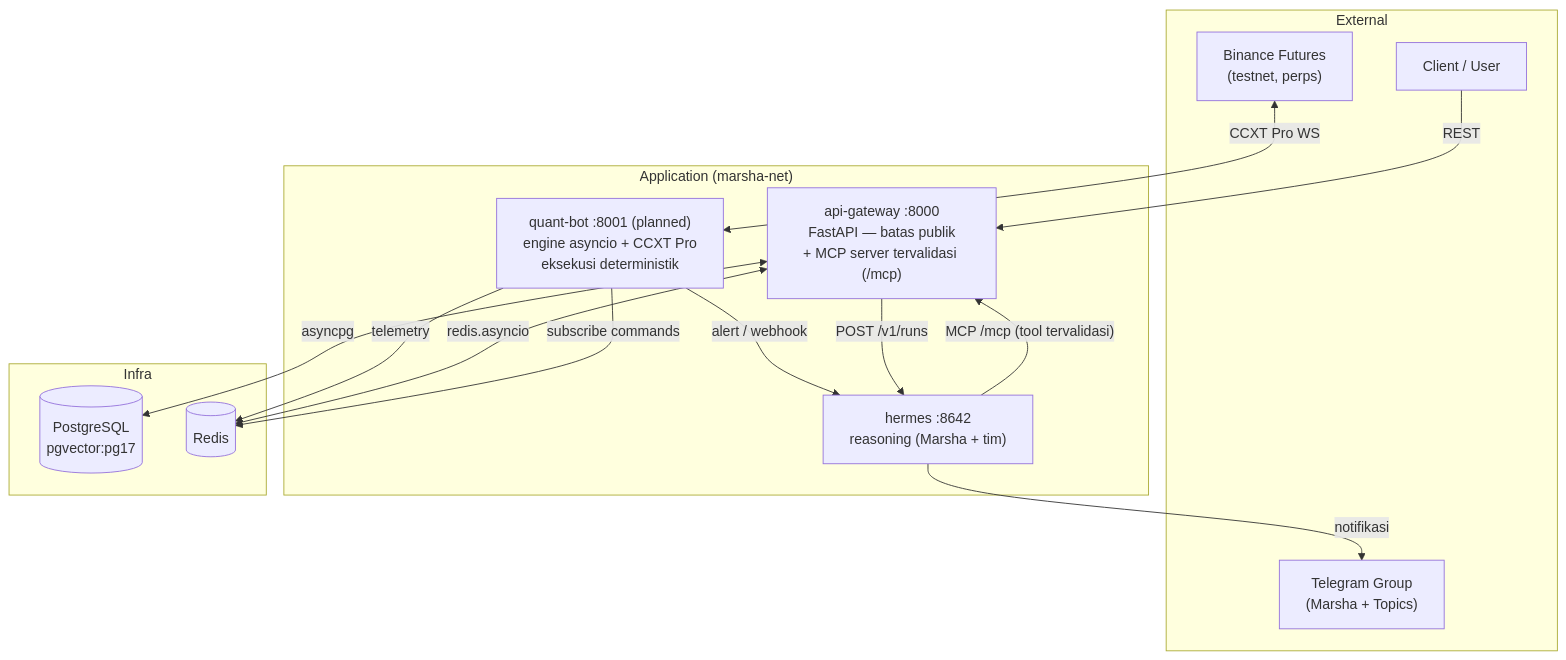
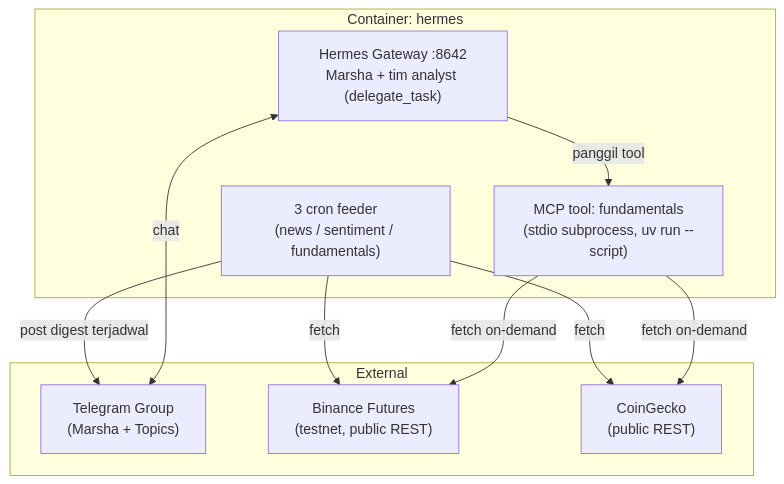
One commit to alessandroryo/marsha-agent changed the diagram in README.md. Above: the diagram before and after it, drawn with Mermaid. The commit also changed other lines of this file and 2 other files, not shown here.

First line of the commit message:
docs: sync README and multi-agent docs with the current single-service architecture

````diff
--- a/README.md
+++ b/README.md
@@ -22,28 +24,21 @@
 ```mermaid
 graph TB
     subgraph ext["External"]
         tg["Telegram Group<br/>(Marsha + Topics)"]
-        cli["Client / User"]
-        mkt["Binance Futures<br/>(testnet, perps)"]
+        binance["Binance Futures<br/>(testnet, public REST)"]
+        coingecko["CoinGecko<br/>(public REST)"]
     end
-    subgraph app["Application (marsha-net)"]
-        gw["api-gateway :8000<br/>FastAPI — batas publik<br/>+ MCP server tervalidasi (/mcp)"]
-        qb["quant-bot :8001 (planned)<br/>engine asyncio + CCXT Pro<br/>eksekusi deterministik"]
-        hm["hermes :8642<br/>reasoning (Marsha + tim)"]
-    end
-    subgraph infra["Infra"]
-        pg[("PostgreSQL<br/>pgvector:pg17")]
-        rd[("Redis")]
+    subgraph app["Container: hermes"]
+        hm["Hermes Gateway :8642<br/>Marsha + tim analyst (delegate_task)"]
+        cron["3 cron feeder<br/>(news / sentiment / fundamentals)"]
+        mcp["MCP tool: fundamentals<br/>(stdio subprocess, uv run --script)"]
     end
 
-    cli -->|REST| gw
-    mkt <-->|"CCXT Pro WS"| qb
-    qb -->|"telemetry"| rd
-    qb -->|"alert / webhook"| hm
-    gw -->|"POST /v1/runs"| hm
-    hm -->|"MCP /mcp (tool tervalidasi)"| gw
-    hm -->|"notifikasi"| tg
-    gw <-->|asyncpg| pg
-    gw <-->|redis.asyncio| rd
-    qb -->|"subscribe commands"| rd
+    cron -->|fetch| binance
+    cron -->|fetch| coingecko
+    cron -->|post digest terjadwal| tg
+    mcp -->|fetch on-demand| binance
+    mcp -->|fetch on-demand| coingecko
+    hm -->|panggil tool| mcp
+    hm <-->|chat| tg
 ```
````
